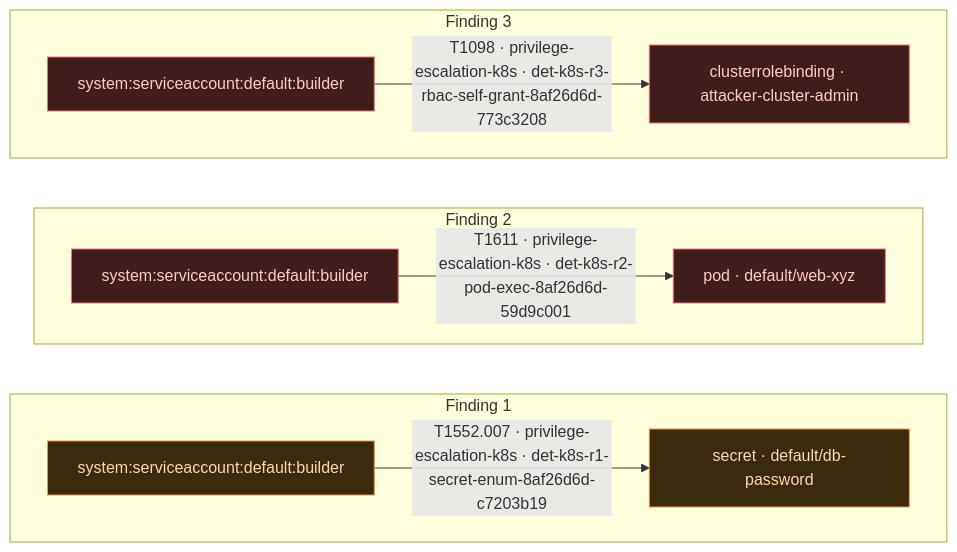
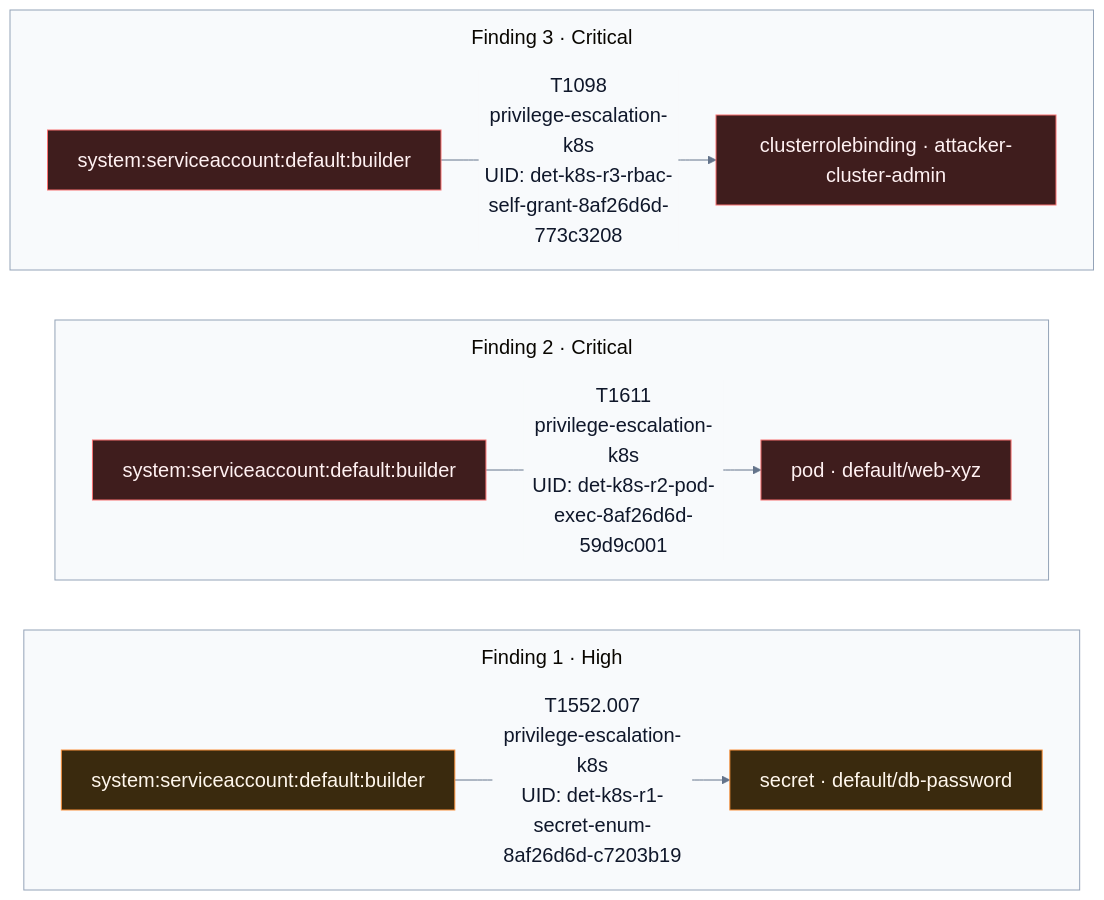
Before and after one commit to msaad00/cloud-ai-security-skills: the diagram in skills/detection-engineering/golden/k8s_priv_esc_attack_flow.mmd, drawn with Mermaid. The commit also changed 4 other files, not shown here.

Commit message:
fix: make finding diagrams legible with visible context (#741)

```diff
--- a/skills/detection-engineering/golden/k8s_priv_esc_attack_flow.mmd
+++ b/skills/detection-engineering/golden/k8s_priv_esc_attack_flow.mmd
@@ -1,26 +1,44 @@
+---
+config:
+  theme: base
+  themeVariables:
+    fontFamily: Arial, sans-serif
+    fontSize: 20px
+    primaryTextColor: '#0f172a'
+    lineColor: '#64748b'
+    edgeLabelBackground: '#f8fafc'
+    clusterBkg: '#f8fafc'
+    clusterBorder: '#94a3b8'
+  flowchart:
+    htmlLabels: true
+    wrappingWidth: 280
+    subGraphTitleMargin:
+      top: 12
+      bottom: 28
+---
 flowchart LR
-    classDef critical fill:#3f1d1d,stroke:#f87171,color:#fecaca
-    classDef high     fill:#3a2a0e,stroke:#fb923c,color:#fed7aa
-    classDef medium   fill:#3a3a0e,stroke:#fbbf24,color:#fef08a
-    classDef low      fill:#1e293b,stroke:#64748b,color:#cbd5e1
+    classDef critical fill:#3f1d1d,stroke:#f87171,color:#fff1f2
+    classDef high     fill:#3a2a0e,stroke:#fb923c,color:#fff7ed
+    classDef medium   fill:#3a3a0e,stroke:#fbbf24,color:#fefce8
+    classDef low      fill:#1e293b,stroke:#64748b,color:#f1f5f9
 
-    subgraph F0["Finding 1"]
+    subgraph F0["Finding 1 · High"]
         direction LR
         A0["system:serviceaccount:default:builder"]:::high
         T0["secret · default/db-password"]:::high
-        A0 -- "T1552.007 · privilege-escalation-k8s · det-k8s-r1-secret-enum-8af26d6d-c7203b19" --> T0
+        A0 -- "T1552.007<br>privilege-escalation-k8s<br>UID: det-k8s-r1-secret-enum-8af26d6d-c7203b19" --> T0
     end
 
-    subgraph F1["Finding 2"]
+    subgraph F1["Finding 2 · Critical"]
         direction LR
         A1["system:serviceaccount:default:builder"]:::critical
         T1["pod · default/web-xyz"]:::critical
-        A1 -- "T1611 · privilege-escalation-k8s · det-k8s-r2-pod-exec-8af26d6d-59d9c001" --> T1
+        A1 -- "T1611<br>privilege-escalation-k8s<br>UID: det-k8s-r2-pod-exec-8af26d6d-59d9c001" --> T1
     end
 
-    subgraph F2["Finding 3"]
+    subgraph F2["Finding 3 · Critical"]
         direction LR
         A2["system:serviceaccount:default:builder"]:::critical
         T2["clusterrolebinding · attacker-cluster-admin"]:::critical
-        A2 -- "T1098 · privilege-escalation-k8s · det-k8s-r3-rbac-self-grant-8af26d6d-773c3208" --> T2
+        A2 -- "T1098<br>privilege-escalation-k8s<br>UID: det-k8s-r3-rbac-self-grant-8af26d6d-773c3208" --> T2
     end
```
